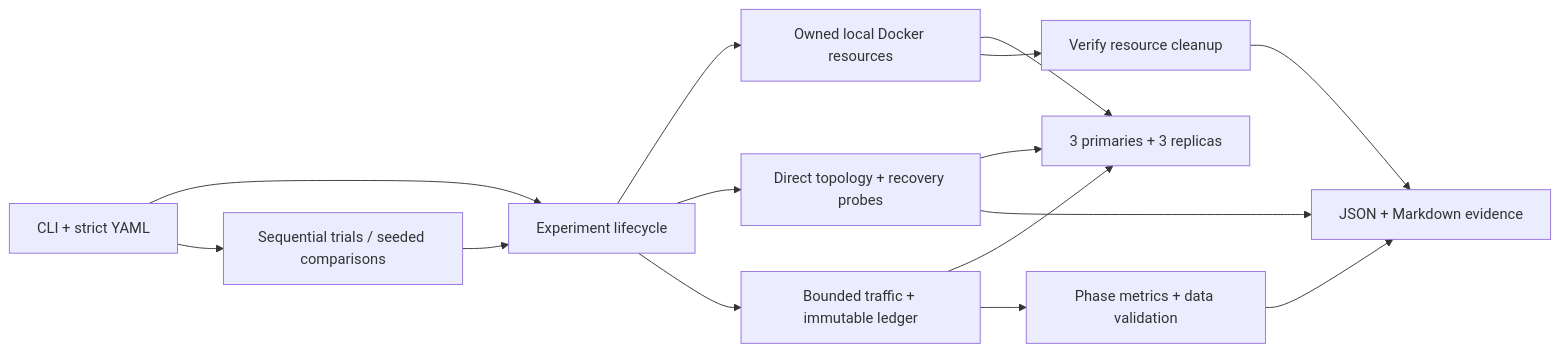
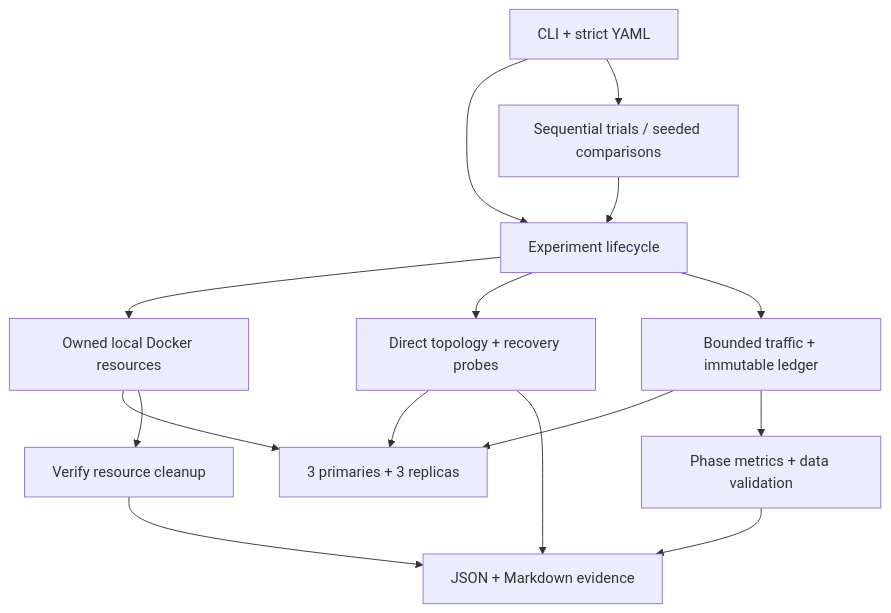
Before and after one commit to Alaneel/redis-reliability-lab: the diagram in README.md, drawn with Mermaid. The commit also changed other lines of this file, not shown here.

Commit message:
docs: clarify project scope, navigation and provenance

````diff
--- a/README.md
+++ b/README.md
@@ -37,17 +55,17 @@
 ```mermaid
-flowchart LR
-    CLI[CLI + strict YAML] --> Runner[Experiment lifecycle]
-    CLI --> Trials[Sequential trials / seeded comparisons]
+flowchart TD
+    CLI["CLI + strict YAML"] --> Runner["Experiment lifecycle"]
+    CLI --> Trials["Sequential trials / seeded comparisons"]
     Trials --> Runner
-    Runner --> Docker[Owned local Docker resources]
-    Docker --> Redis[3 primaries + 3 replicas]
-    Runner --> Observe[Direct topology + recovery probes]
+    Runner --> Docker["Owned local Docker resources"]
+    Docker --> Redis["3 primaries + 3 replicas"]
+    Runner --> Observe["Direct topology + recovery probes"]
     Observe --> Redis
-    Runner --> Workload[Bounded traffic + immutable ledger]
+    Runner --> Workload["Bounded traffic + immutable ledger"]
     Workload --> Redis
-    Observe --> Report[JSON + Markdown evidence]
-    Workload --> Metrics[Phase metrics + data validation]
+    Observe --> Report["JSON + Markdown evidence"]
+    Workload --> Metrics["Phase metrics + data validation"]
     Metrics --> Report
-    Docker --> Cleanup[Verify resource cleanup]
+    Docker --> Cleanup["Verify resource cleanup"]
     Cleanup --> Report
 ```
````
